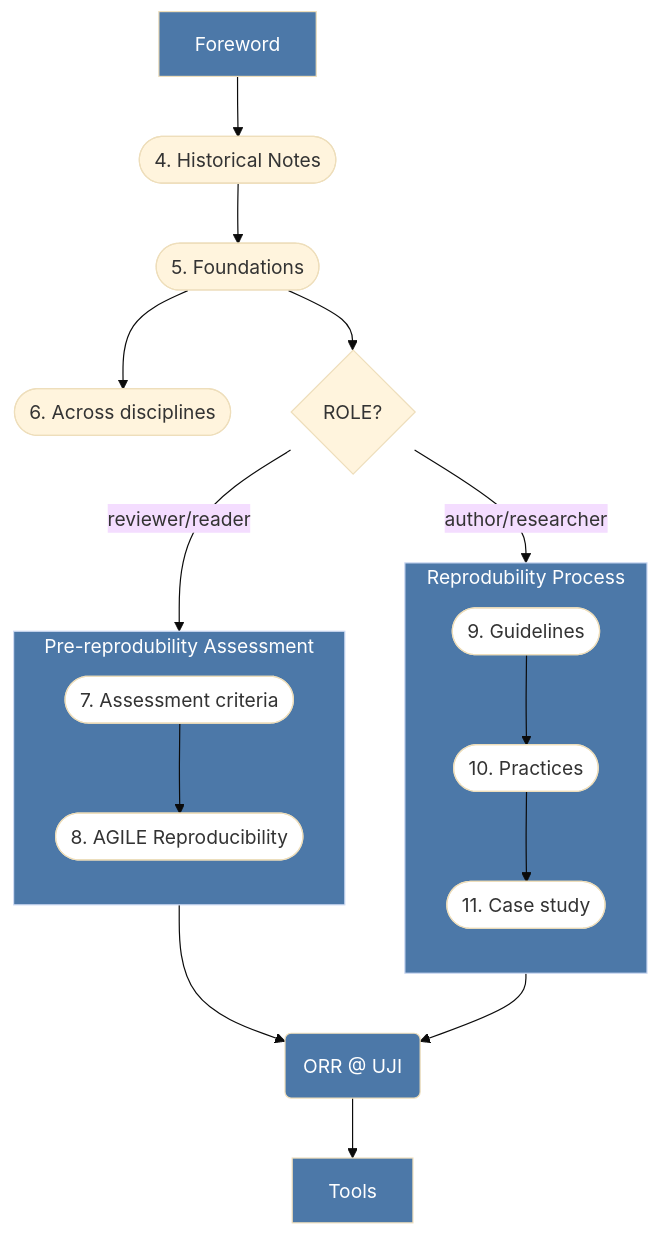
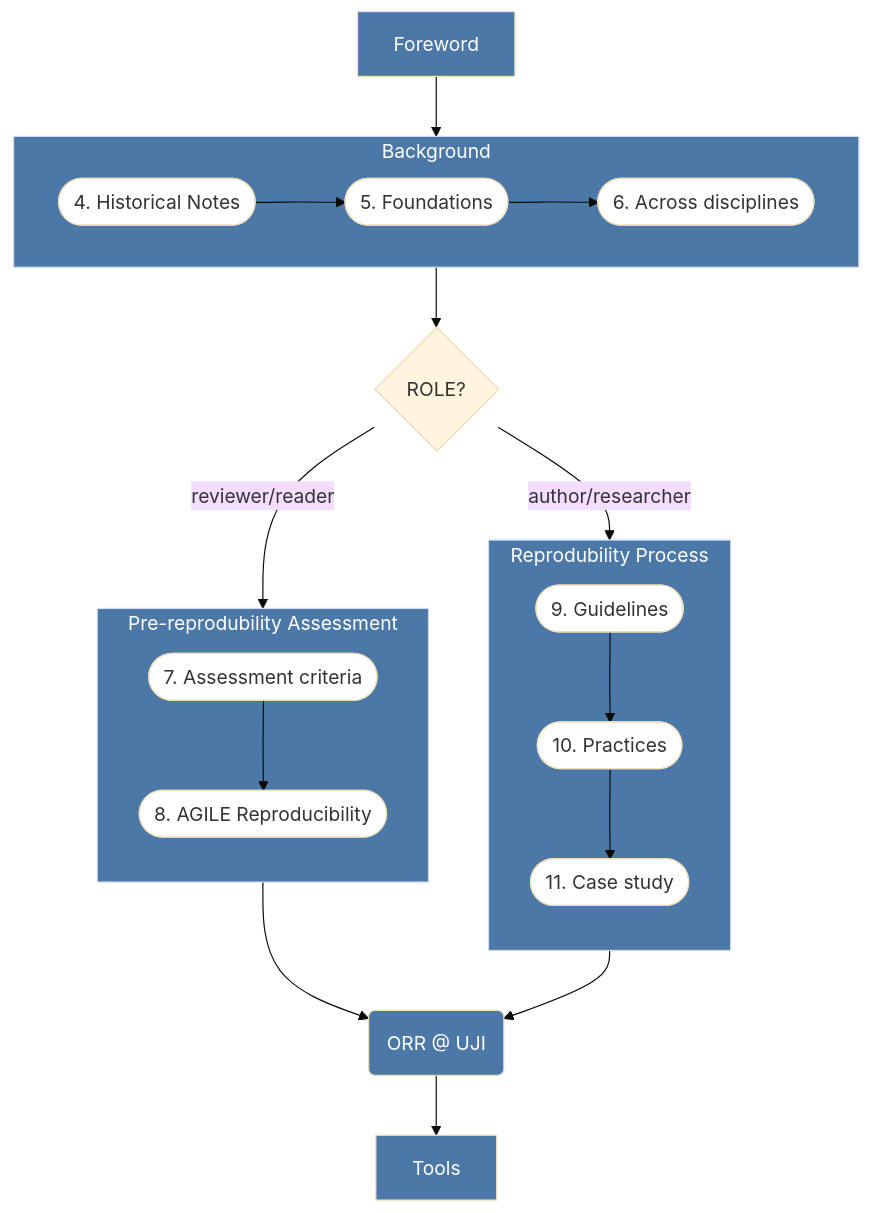
One commit to cgranell/orr changed the diagram in materials/00-units.qmd. Above: the diagram before and after it, drawn with Mermaid.

Commit message:
feat: add background  block  to flowchart diagram

````diff
--- a/materials/00-units.qmd
+++ b/materials/00-units.qmd
@@ -7,39 +7,46 @@
 ```{mermaid}
 %%| fig-caption: "Course structure and navigation."
 %%| fig-align: center
 ---
 config:
   theme: 'base'
 ---
 
 flowchart TB
-  A[Foreword] --> B([4. Historical Notes])
+  A[Foreword] --> B
+  subgraph B[Background]
+    direction LR
+    B1([4. Historical Notes]) --> B2([5. Foundations]) 
+    B2 --> B3([6. Across disciplines])
+    style B1 fill:#FFF
+    style B2 fill:#FFF
+    style B3 fill:#FFF
+  end
   style A fill:#4C78A8,color:#FFF
-  B --> C([5. Foundations])
-  C --> C1([6. Across disciplines])
-  C --> D{ROLE?}
+  style B fill:#4C78A8,color:#FFF
+  B --> D{ROLE?}
   subgraph E[Pre-reprodubility Assessment]
       direction TB
       E1([7. Assessment criteria]) --> E2([8. AGILE Reproducibility])
       style E1 fill:#FFF
       style E2 fill:#FFF
   end
   style E fill:#4C78A8,color:#FFF
   subgraph F[Reprodubility Process]
       direction TB
       F1([9. Guidelines]) --> F2([10. Practices])
       F2 --> F3([11. Case study])
       style F1 fill:#FFF
       style F2 fill:#FFF
       style F3 fill:#FFF
   end
   style F fill:#4C78A8,color:#FFF
   D --> |reviewer/reader| E
   D --> |author/researcher| F
   E --> G(ORR @ UJI)
   F --> G(ORR @ UJI)
   style G fill:#4C78A8,color:#FFF
   G --> H[Tools]
   style H fill:#4C78A8,color:#FFF
   
 ```
````
